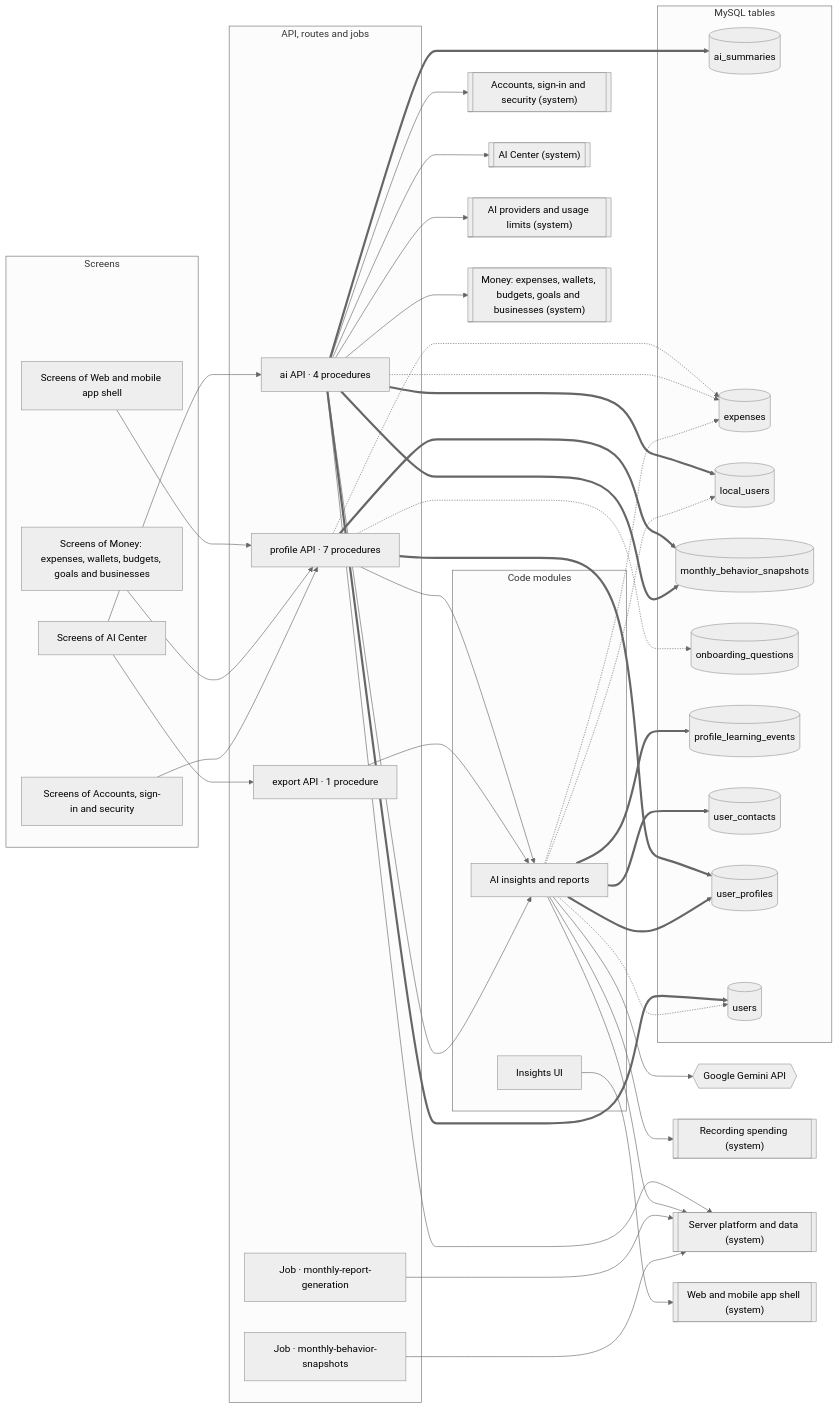
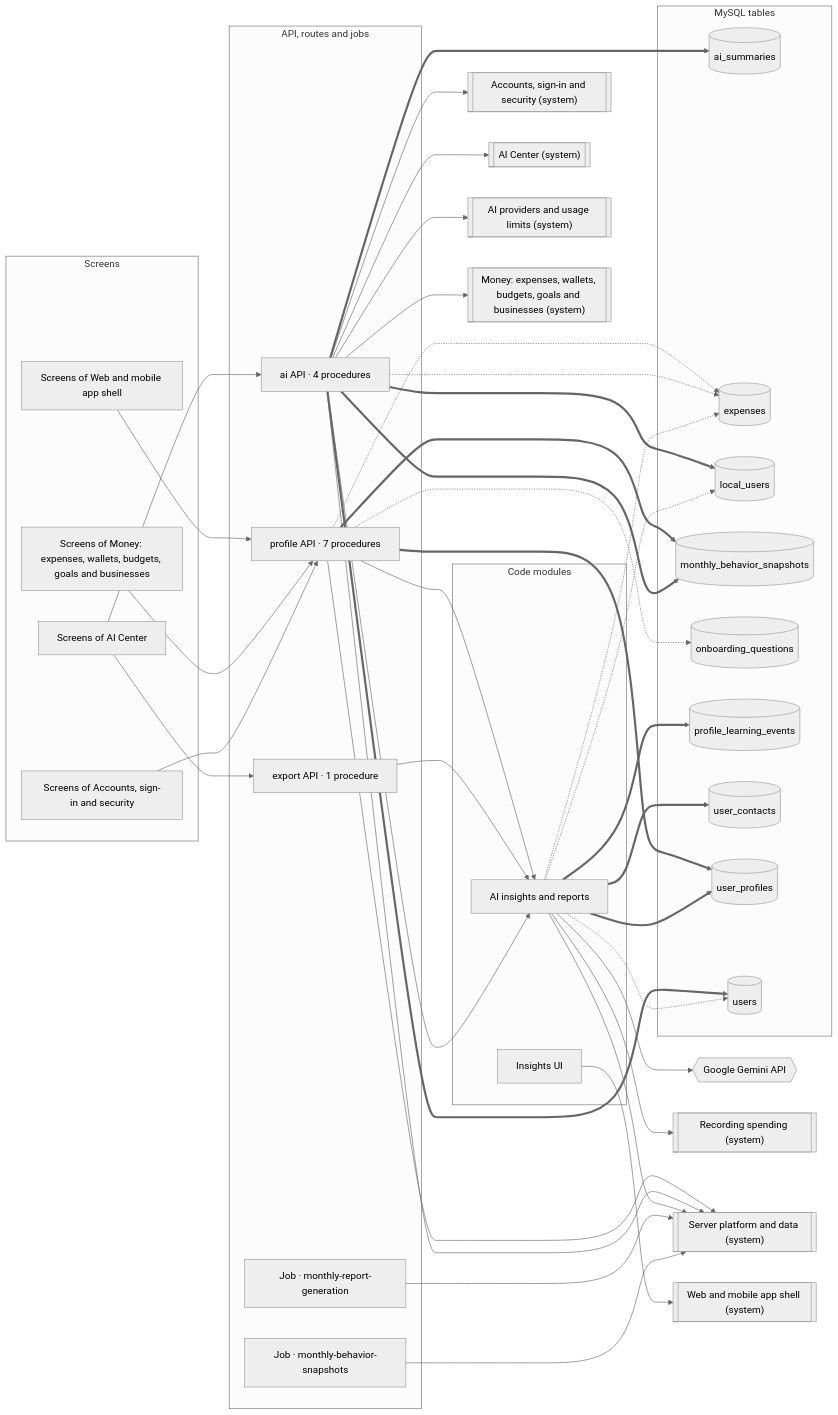
Before and after one commit to mahmoudtaherr111/smartspend_mini_all: the diagram in docs/atlas/systems/insights.md, drawn with Mermaid (neutral theme). The commit also changed 18 other files, not shown here.

````diff
--- a/docs/atlas/systems/insights.md
+++ b/docs/atlas/systems/insights.md
@@ -13,73 +13,74 @@
 ```mermaid
 flowchart LR
   subgraph g_screens["Screens"]
     screens_accounts["Screens of Accounts, sign-in and security"]
     screens_ai_center["Screens of AI Center"]
     screens_money["Screens of Money: expenses, wallets, budgets, goals and businesses"]
     screens_web_app["Screens of Web and mobile app shell"]
   end
   subgraph g_api["API, routes and jobs"]
     job_monthly_behavior_snapshots["Job · monthly-behavior-snapshots"]
     job_monthly_report_generation["Job · monthly-report-generation"]
     router_ai["ai API · 4 procedures"]
     router_export["export API · 1 procedure"]
     router_profile["profile API · 7 procedures"]
   end
   subgraph g_modules["Code modules"]
     mod_ai_insights["AI insights and reports"]
     mod_web_insights["Insights UI"]
   end
   subgraph g_tables["MySQL tables"]
     tbl_ai_summaries[("ai_summaries")]
     tbl_expenses[("expenses")]
     tbl_local_users[("local_users")]
     tbl_monthly_behavior_snapshots[("monthly_behavior_snapshots")]
     tbl_onboarding_questions[("onboarding_questions")]
     tbl_profile_learning_events[("profile_learning_events")]
     tbl_user_contacts[("user_contacts")]
     tbl_user_profiles[("user_profiles")]
     tbl_users[("users")]
   end
   ext_gemini{{"Google Gemini API"}}
   sys_accounts[["Accounts, sign-in and security (system)"]]
   sys_ai_center[["AI Center (system)"]]
   sys_ai_platform[["AI providers and usage limits (system)"]]
   sys_expense_capture[["Recording spending (system)"]]
   sys_money[["Money: expenses, wallets, budgets, goals and businesses (system)"]]
   sys_platform[["Server platform and data (system)"]]
   sys_web_app[["Web and mobile app shell (system)"]]
   job_monthly_behavior_snapshots --> sys_platform
   job_monthly_report_generation --> sys_platform
   mod_ai_insights --> ext_gemini
   mod_ai_insights --> sys_expense_capture
   mod_ai_insights --> sys_platform
   mod_ai_insights -.-> tbl_expenses
   mod_ai_insights -.-> tbl_local_users
   mod_ai_insights -.-> tbl_users
   mod_ai_insights ==> tbl_profile_learning_events
   mod_ai_insights ==> tbl_user_contacts
   mod_ai_insights ==> tbl_user_profiles
   mod_web_insights --> sys_web_app
   router_ai --> mod_ai_insights
   router_ai --> sys_accounts
   router_ai --> sys_ai_center
   router_ai --> sys_ai_platform
   router_ai --> sys_money
   router_ai --> sys_platform
   router_ai -.-> tbl_expenses
   router_ai ==> tbl_ai_summaries
   router_ai ==> tbl_local_users
   router_ai ==> tbl_monthly_behavior_snapshots
   router_ai ==> tbl_users
   router_export --> mod_ai_insights
   router_profile --> mod_ai_insights
+  router_profile --> sys_platform
   router_profile -.-> tbl_expenses
   router_profile -.-> tbl_onboarding_questions
   router_profile ==> tbl_monthly_behavior_snapshots
   router_profile ==> tbl_user_profiles
   screens_accounts --> router_profile
   screens_ai_center --> router_ai
   screens_ai_center --> router_export
   screens_money --> router_profile
   screens_web_app --> router_profile
 ```
````
